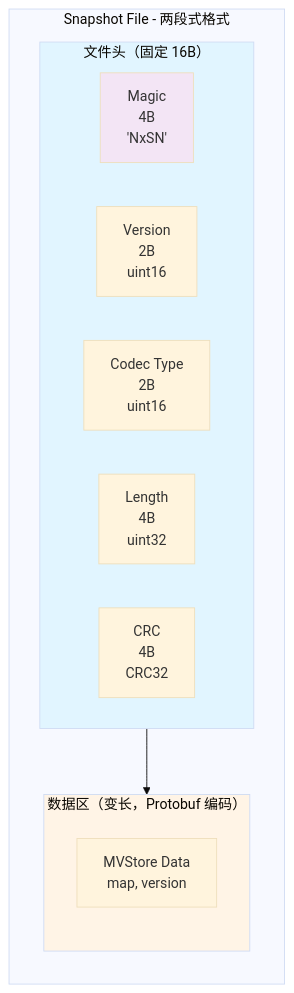
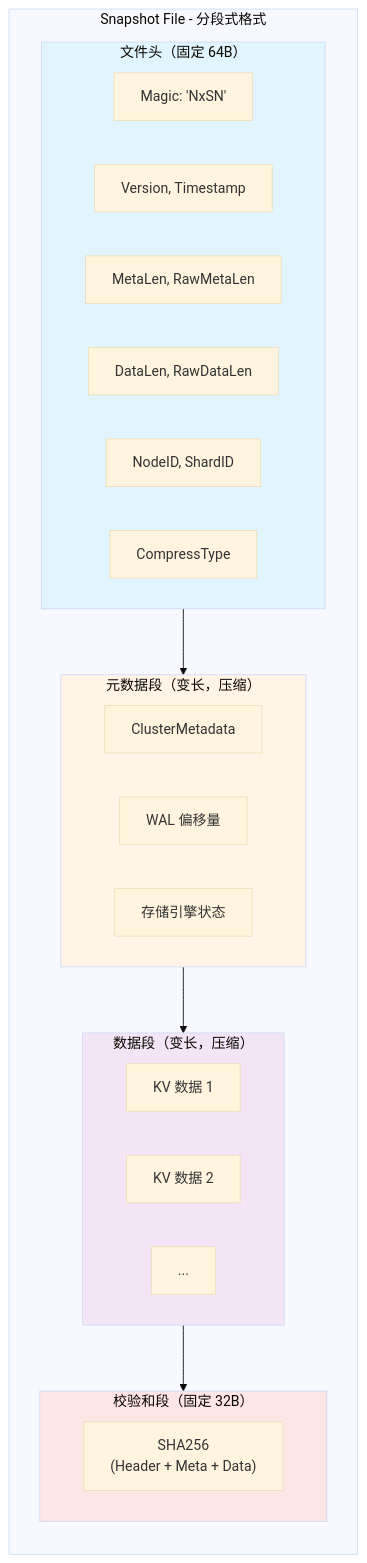
Before and after one commit to jzhang405/NexKV: the third of 8 diagrams in docs/06_project_management/pr_documents/feature/2026-01-19_PR-003_WAL_Checkpoint_机制实现_Pre.md, drawn with Mermaid (base theme). The commit also changed other lines of this file and 51 other files, not shown here.

````diff
--- a/docs/06_project_management/pr_documents/feature/2026-01-19_PR-003_WAL_Checkpoint_机制实现_Pre.md
+++ b/docs/06_project_management/pr_documents/feature/2026-01-19_PR-003_WAL_Checkpoint_机制实现_Pre.md
@@ -361,26 +340,38 @@
 ```mermaid
 flowchart TD
-    subgraph SnapshotFile["Snapshot File - 两段式格式"]
+    subgraph SnapshotFile["Snapshot File - 分段式格式"]
         direction TB
 
-        subgraph Header["文件头（固定 16B）"]
-            direction LR
-            H1["Magic<br/>4B<br/>'NxSN'"]
-            H2["Version<br/>2B<br/>uint16"]
-            H3["Codec Type<br/>2B<br/>uint16"]
-            H4["Length<br/>4B<br/>uint32"]
-            H5["CRC<br/>4B<br/>CRC32"]
+        subgraph Header["文件头（固定 64B）"]
+            H1["Magic: 'NxSN'"]
+            H2["Version, Timestamp"]
+            H3["MetaLen, RawMetaLen"]
+            H4["DataLen, RawDataLen"]
+            H5["NodeID, ShardID"]
+            H6["CompressType"]
         end
 
-        subgraph Data["数据区（变长，Protobuf 编码）"]
-            direction TB
-            D1["MVStore Data<br/>map<string, bytes>, version"]
+        subgraph MetaSection["元数据段（变长，压缩）"]
+            M1["ClusterMetadata"]
+            M2["WAL 偏移量"]
+            M3["存储引擎状态"]
         end
 
-        Header --> Data
+        subgraph DataSection["数据段（变长，压缩）"]
+            D1["KV 数据 1"]
+            D2["KV 数据 2"]
+            D3["..."]
+        end
+
+        subgraph Checksum["校验和段（固定 32B）"]
+            C1["SHA256<br/>(Header + Meta + Data)"]
+        end
+
+        Header --> MetaSection --> DataSection --> Checksum
     end
 
     style Header fill:#e1f5ff
-    style Data fill:#fff4e6
-    style H1 fill:#f3e5f5
+    style MetaSection fill:#fff4e6
+    style DataSection fill:#f3e5f5
+    style Checksum fill:#ffe6e6
 ```
````
